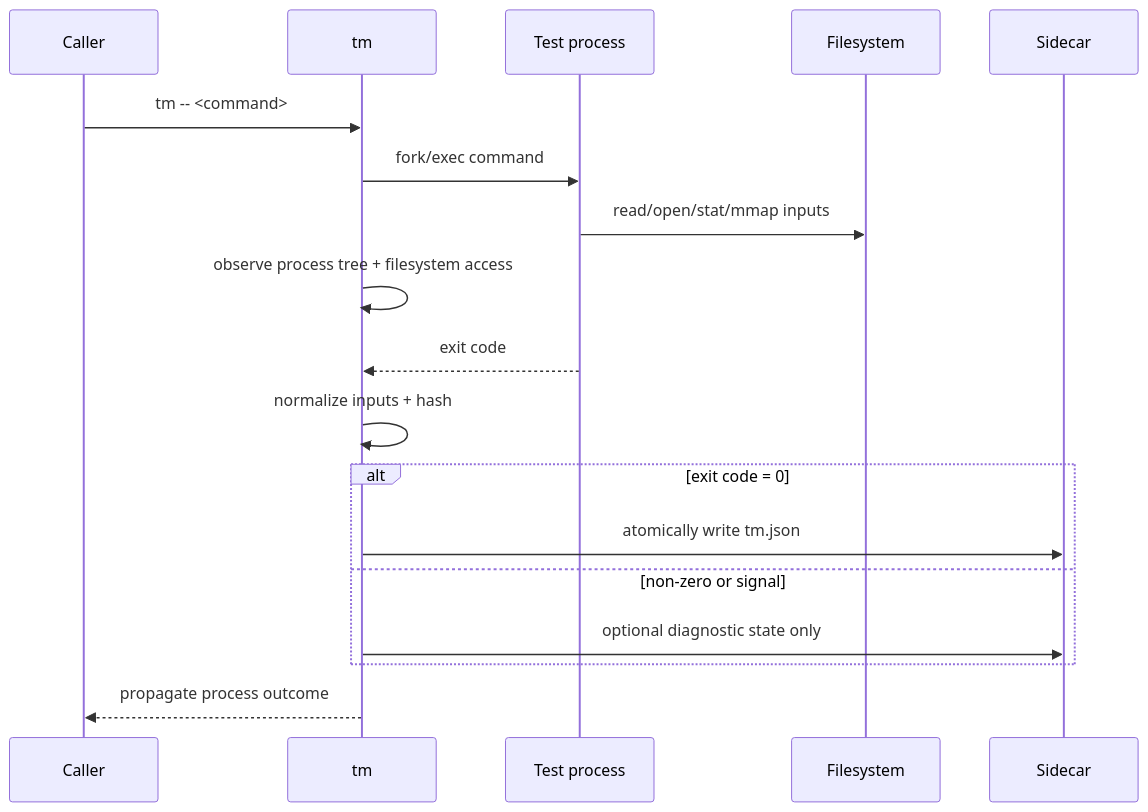
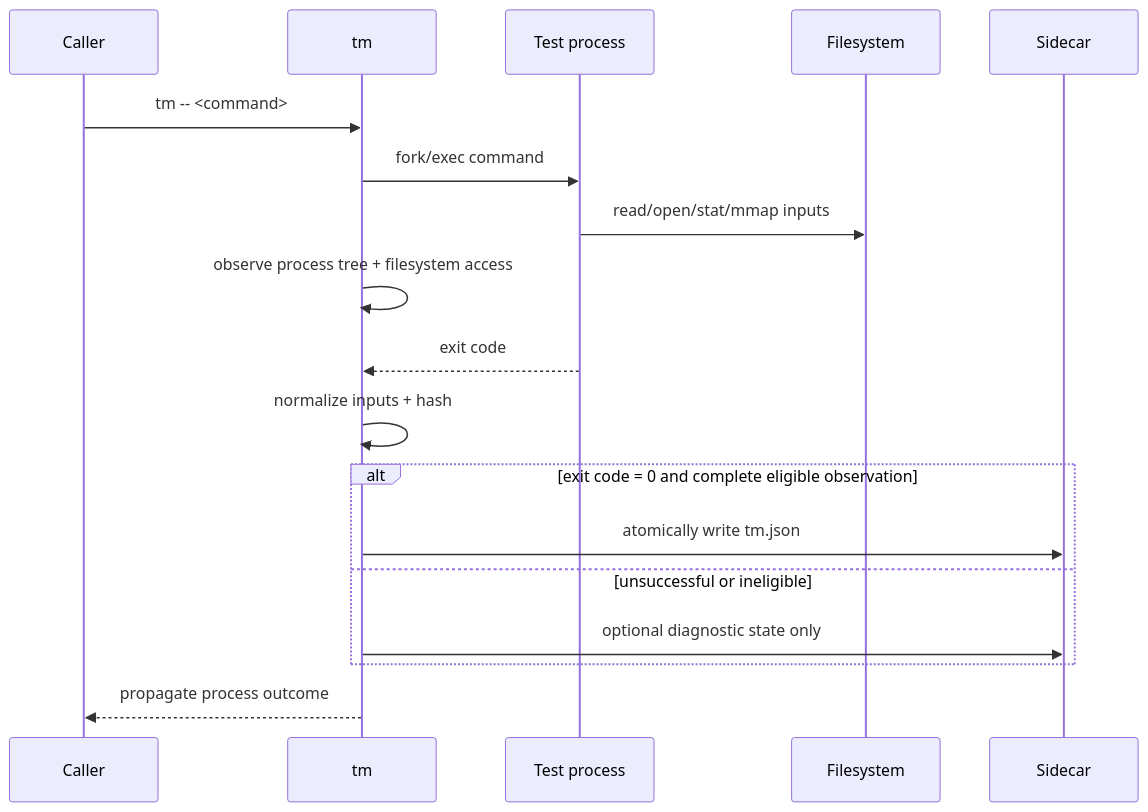
The third of 9 diagrams in docs/spec/tm-test-memoization-technical-specification.md (jedediahg/testmiser), drawn with Mermaid before and after one commit. The commit also changed other lines of this file and 1 other file, not shown here.

````diff
--- a/docs/spec/tm-test-memoization-technical-specification.md
+++ b/docs/spec/tm-test-memoization-technical-specification.md
@@ -358,21 +311,21 @@
 ```mermaid
 sequenceDiagram
     participant U as Caller
     participant T as tm
     participant P as Test process
     participant FS as Filesystem
     participant S as Sidecar
 
     U->>T: tm -- <command>
     T->>P: fork/exec command
     P->>FS: read/open/stat/mmap inputs
     T->>T: observe process tree + filesystem access
     P-->>T: exit code
     T->>T: normalize inputs + hash
-    alt exit code = 0
+    alt exit code = 0 and complete eligible observation
         T->>S: atomically write tm.json
-    else non-zero or signal
+    else unsuccessful or ineligible
         T->>S: optional diagnostic state only
     end
     T-->>U: propagate process outcome
 ```
````
